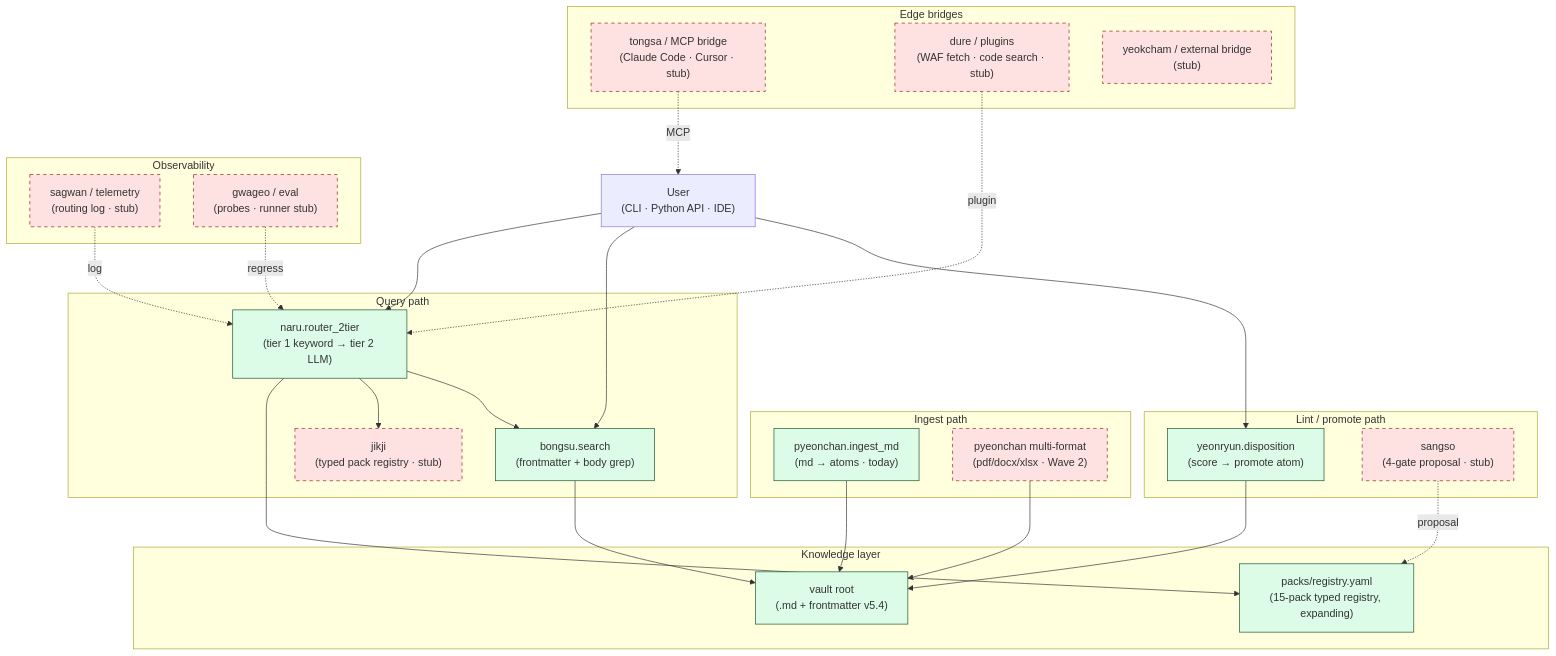
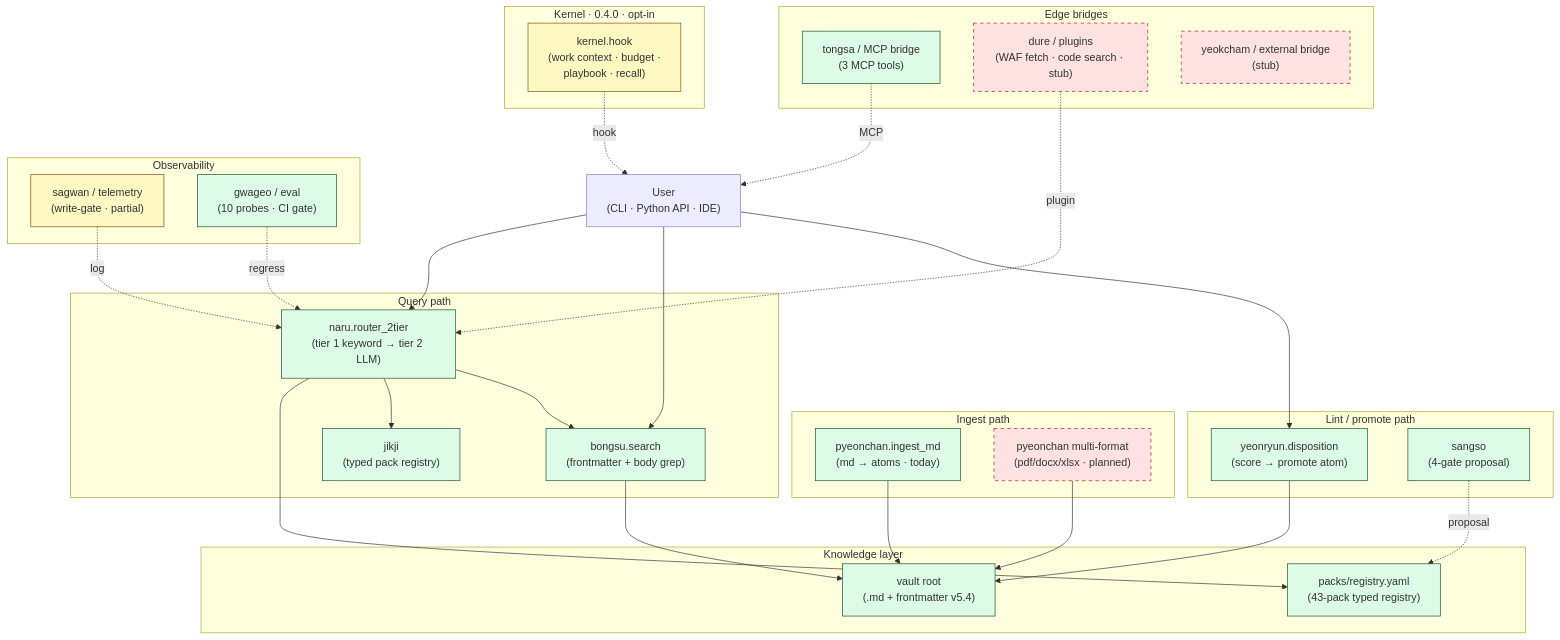
The second of 2 diagrams in README.md (sillok-os/sillok), drawn with Mermaid before and after one commit. The commit also changed other lines of this file and 8 other files, not shown here.

````diff
--- a/README.md
+++ b/README.md
@@ -86,57 +91,64 @@
 ```mermaid
 flowchart TB
     subgraph CORPUS["Knowledge layer"]
         VAULTROOT["vault root<br/>(.md + frontmatter v5.4)"]
-        REGISTRY["packs/registry.yaml<br/>(15-pack typed registry, expanding)"]
+        REGISTRY["packs/registry.yaml<br/>(43-pack typed registry)"]
     end
 
     subgraph INGEST["Ingest path"]
         PYEON["pyeonchan.ingest_md<br/>(md → atoms · today)"]
-        PYEON_F["pyeonchan multi-format<br/>(pdf/docx/xlsx · Wave 2)"]
+        PYEON_F["pyeonchan multi-format<br/>(pdf/docx/xlsx · planned)"]
     end
 
     subgraph QUERY["Query path"]
         BONGSU["bongsu.search<br/>(frontmatter + body grep)"]
         NARU["naru.router_2tier<br/>(tier 1 keyword → tier 2 LLM)"]
-        JIKJI["jikji<br/>(typed pack registry · stub)"]
+        JIKJI["jikji<br/>(typed pack registry)"]
     end
 
     subgraph LINT["Lint / promote path"]
         YEON["yeonryun.disposition<br/>(score → promote atom)"]
-        SANGSO["sangso<br/>(4-gate proposal · stub)"]
+        SANGSO["sangso<br/>(4-gate proposal)"]
     end
 
     subgraph OBS["Observability"]
-        SAGWAN["sagwan / telemetry<br/>(routing log · stub)"]
-        GWAGEO["gwageo / eval<br/>(probes · runner stub)"]
+        SAGWAN["sagwan / telemetry<br/>(write-gate · partial)"]
+        GWAGEO["gwageo / eval<br/>(10 probes · CI gate)"]
     end
 
     subgraph BRIDGES["Edge bridges"]
-        TONGSA["tongsa / MCP bridge<br/>(Claude Code · Cursor · stub)"]
+        TONGSA["tongsa / MCP bridge<br/>(3 MCP tools)"]
         DURE["dure / plugins<br/>(WAF fetch · code search · stub)"]
         YEOK["yeokcham / external bridge<br/>(stub)"]
+    end
+
+    subgraph KERNEL_G["Kernel · 0.4.0 · opt-in"]
+        KERNEL["kernel.hook<br/>(work context · budget ·<br/>playbook · recall)"]
     end
 
     USER["User<br/>(CLI · Python API · IDE)"]
 
     USER --> NARU
     NARU --> REGISTRY
     NARU --> JIKJI
     NARU --> BONGSU
     BONGSU --> VAULTROOT
     USER --> BONGSU
     USER --> YEON
     YEON --> VAULTROOT
     PYEON --> VAULTROOT
     PYEON_F --> VAULTROOT
     SANGSO -.proposal.-> REGISTRY
     SAGWAN -.log.-> NARU
     GWAGEO -.regress.-> NARU
     TONGSA -.MCP.-> USER
     DURE -.plugin.-> NARU
+    KERNEL -.hook.-> USER
 
     classDef stub fill:#fee2e2,stroke:#991b1b,stroke-dasharray: 5 5
     classDef live fill:#dcfce7,stroke:#14532d
-    class BONGSU,NARU,YEON,PYEON,VAULTROOT,REGISTRY live
-    class JIKJI,SANGSO,SAGWAN,GWAGEO,TONGSA,DURE,YEOK,PYEON_F stub
+    classDef partial fill:#fef9c3,stroke:#854d0e
+    class BONGSU,NARU,YEON,PYEON,VAULTROOT,REGISTRY,JIKJI,SANGSO,GWAGEO,TONGSA live
+    class SAGWAN,KERNEL partial
+    class DURE,YEOK,PYEON_F stub
 ```
````
